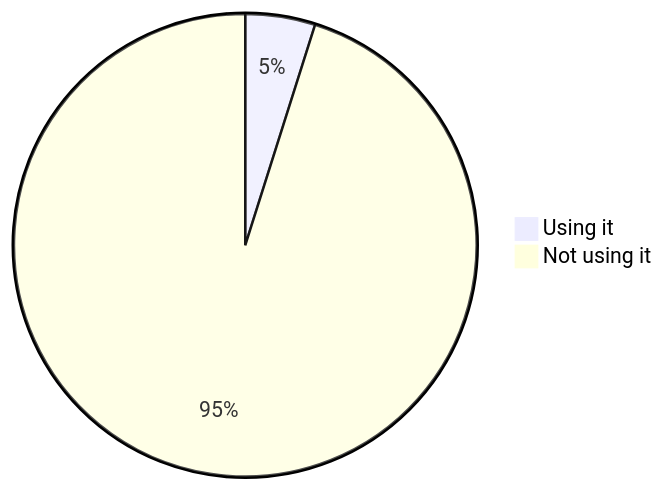
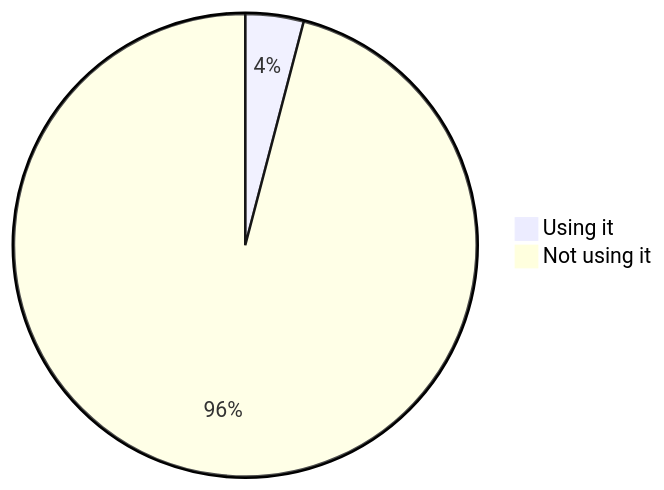
One commit to oshp/oshp-stats changed diagram 11 of 22 in stats.md. Above: the diagram before and after it, drawn with Mermaid. The commit also changed other lines of this file, not shown here.

````diff
--- a/stats.md
+++ b/stats.md
@@ -130,6 +130,6 @@
 ```mermaid
 pie
-	"Using it" : 4.88
-	"Not using it" : 95.12
+	"Using it" : 4.07
+	"Not using it" : 95.93
 
 ```
````
